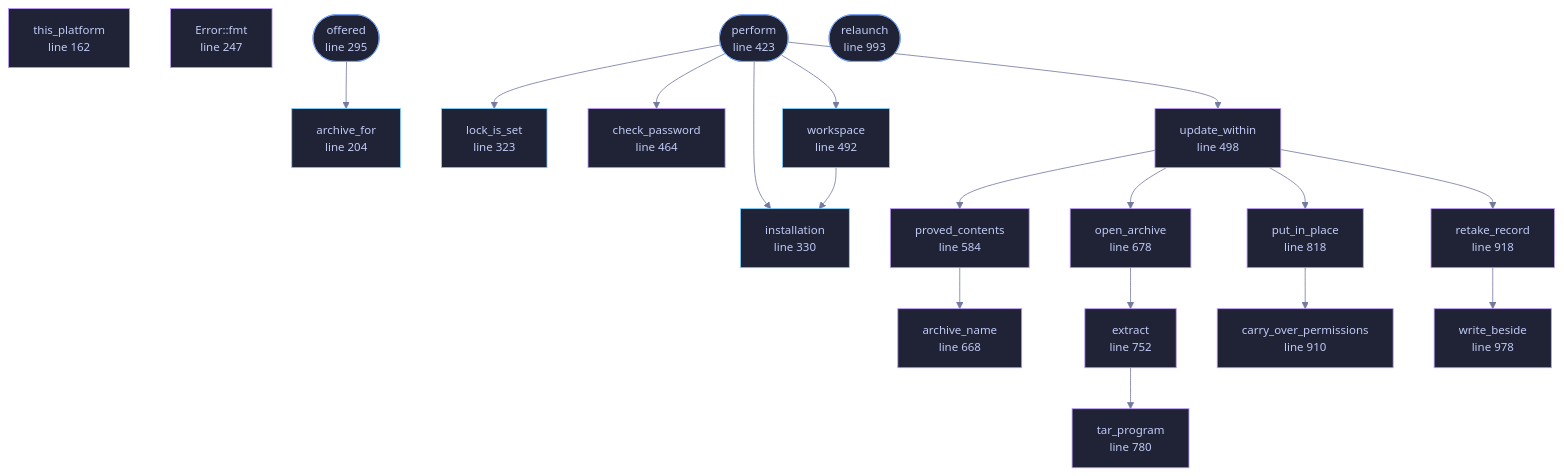
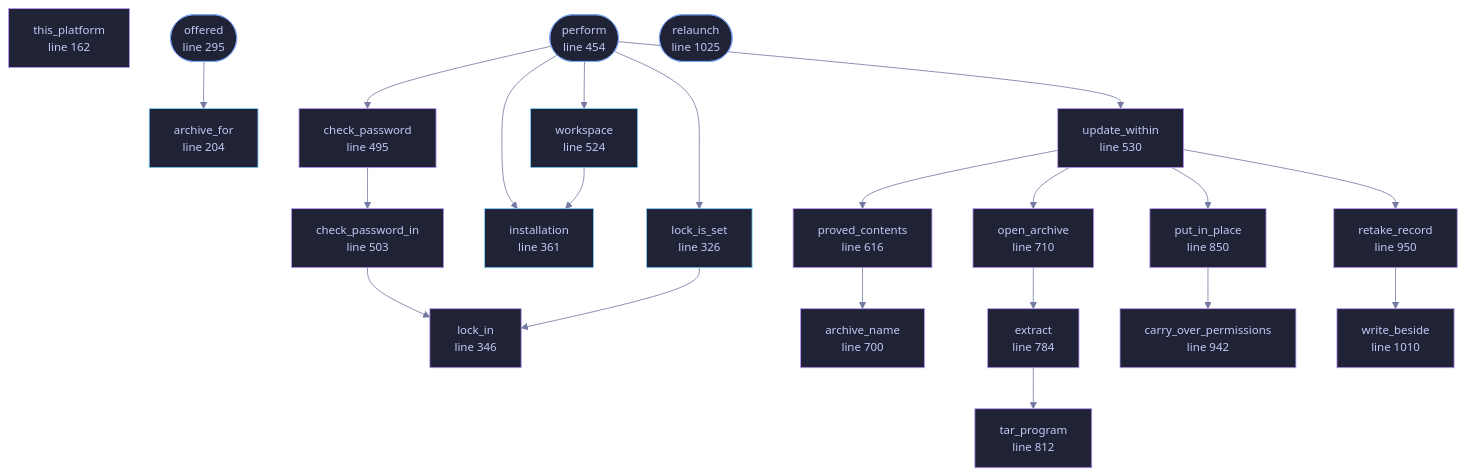
Before and after one commit to tilas01/veilvoice: the diagram in docs/files/veilvoice-verify/update.md, drawn with Mermaid. The commit also changed other lines of this file and 61 other files, not shown here.

````diff
--- a/docs/files/veilvoice-verify/update.md
+++ b/docs/files/veilvoice-verify/update.md
@@ -182,68 +185,73 @@
 ```mermaid
 %%{init: {"theme":"base","themeVariables":{"background":"#1a1b26","primaryColor":"#1f2335","primaryTextColor":"#c0caf5","primaryBorderColor":"#7aa2f7","secondaryColor":"#16161e","tertiaryColor":"#16161e","lineColor":"#737aa2","textColor":"#c0caf5","mainBkg":"#1f2335","nodeBorder":"#7aa2f7","clusterBkg":"#16161e","clusterBorder":"#2f3549","fontFamily":"ui-monospace, SFMono-Regular, Consolas, monospace","fontSize":"14px"}}}%%
 flowchart TD
     n_this_platform["this_platform<br/>line 162"]
     n_archive_for["archive_for<br/>line 204"]
-    n_fmt["Error::fmt<br/>line 247"]
     n_offered(["offered<br/>line 295"])
-    n_lock_is_set["lock_is_set<br/>line 323"]
-    n_installation["installation<br/>line 330"]
-    n_perform(["perform<br/>line 423"])
-    n_check_password["check_password<br/>line 464"]
-    n_workspace["workspace<br/>line 492"]
-    n_update_within["update_within<br/>line 498"]
-    n_proved_contents["proved_contents<br/>line 584"]
-    n_archive_name["archive_name<br/>line 668"]
-    n_open_archive["open_archive<br/>line 678"]
-    n_extract["extract<br/>line 752"]
-    n_tar_program["tar_program<br/>line 780"]
-    n_put_in_place["put_in_place<br/>line 818"]
-    n_carry_over_permissions["carry_over_permissions<br/>line 900"]
-    n_carry_over_permissions["carry_over_permissions<br/>line 910"]
-    n_retake_record["retake_record<br/>line 918"]
-    n_write_beside["write_beside<br/>line 978"]
-    n_relaunch(["relaunch<br/>line 993"])
+    n_lock_is_set["lock_is_set<br/>line 326"]
+    n_lock_in["lock_in<br/>line 346"]
+    n_installation["installation<br/>line 361"]
+    n_perform(["perform<br/>line 454"])
+    n_check_password["check_password<br/>line 495"]
+    n_check_password_in["check_password_in<br/>line 503"]
+    n_workspace["workspace<br/>line 524"]
+    n_update_within["update_within<br/>line 530"]
+    n_proved_contents["proved_contents<br/>line 616"]
+    n_archive_name["archive_name<br/>line 700"]
+    n_open_archive["open_archive<br/>line 710"]
+    n_extract["extract<br/>line 784"]
+    n_tar_program["tar_program<br/>line 812"]
+    n_put_in_place["put_in_place<br/>line 850"]
+    n_carry_over_permissions["carry_over_permissions<br/>line 932"]
+    n_carry_over_permissions["carry_over_permissions<br/>line 942"]
+    n_retake_record["retake_record<br/>line 950"]
+    n_write_beside["write_beside<br/>line 1010"]
+    n_relaunch(["relaunch<br/>line 1025"])
+    n_check_password --> n_check_password_in
+    n_check_password_in --> n_lock_in
     n_extract --> n_tar_program
+    n_lock_is_set --> n_lock_in
     n_offered --> n_archive_for
     n_open_archive --> n_extract
     n_perform --> n_check_password
     n_perform --> n_installation
     n_perform --> n_lock_is_set
     n_perform --> n_update_within
     n_perform --> n_workspace
     n_proved_contents --> n_archive_name
     n_put_in_place --> n_carry_over_permissions
     n_retake_record --> n_write_beside
     n_update_within --> n_open_archive
     n_update_within --> n_proved_contents
     n_update_within --> n_put_in_place
     n_update_within --> n_retake_record
     n_workspace --> n_installation
     click n_this_platform href "https://github.com/tilas01/veilvoice/blob/main/crates/veilvoice-verify/src/update.rs#L162" "open the source"
     click n_archive_for href "https://github.com/tilas01/veilvoice/blob/main/crates/veilvoice-verify/src/update.rs#L204" "open the source"
-    click n_fmt href "https://github.com/tilas01/veilvoice/blob/main/crates/veilvoice-verify/src/update.rs#L247" "open the source"
     click n_offered href "https://github.com/tilas01/veilvoice/blob/main/crates/veilvoice-verify/src/update.rs#L295" "open the source"
-    click n_lock_is_set href "https://github.com/tilas01/veilvoice/blob/main/crates/veilvoice-verify/src/update.rs#L323" "open the source"
-    click n_installation href "https://github.com/tilas01/veilvoice/blob/main/crates/veilvoice-verify/src/update.rs#L330" "open the source"
-    click n_perform href "https://github.com/tilas01/veilvoice/blob/main/crates/veilvoice-verify/src/update.rs#L423" "open the source"
-    click n_check_password href "https://github.com/tilas01/veilvoice/blob/main/crates/veilvoice-verify/src/update.rs#L464" "open the source"
-    click n_workspace href "https://github.com/tilas01/veilvoice/blob/main/crates/veilvoice-verify/src/update.rs#L492" "open the source"
-    click n_update_within href "https://github.com/tilas01/veilvoice/blob/main/crates/veilvoice-verify/src/update.rs#L498" "open the source"
-    click n_proved_contents href "https://github.com/tilas01/veilvoice/blob/main/crates/veilvoice-verify/src/update.rs#L584" "open the source"
-    click n_archive_name href "https://github.com/tilas01/veilvoice/blob/main/crates/veilvoice-verify/src/update.rs#L668" "open the source"
-    click n_open_archive href "https://github.com/tilas01/veilvoice/blob/main/crates/veilvoice-verify/src/update.rs#L678" "open the source"
-    click n_extract href "https://github.com/tilas01/veilvoice/blob/main/crates/veilvoice-verify/src/update.rs#L752" "open the source"
-    click n_tar_program href "https://github.com/tilas01/veilvoice/blob/main/crates/veilvoice-verify/src/update.rs#L780" "open the source"
-    click n_put_in_place href "https://github.com/tilas01/veilvoice/blob/main/crates/veilvoice-verify/src/update.rs#L818" "open the source"
-    click n_carry_over_permissions href "https://github.com/tilas01/veilvoice/blob/main/crates/veilvoice-verify/src/update.rs#L900" "open the source"
-    click n_carry_over_permissions href "https://github.com/tilas01/veilvoice/blob/main/crates/veilvoice-verify/src/update.rs#L910" "open the source"
-    click n_retake_record href "https://github.com/tilas01/veilvoice/blob/main/crates/veilvoice-verify/src/update.rs#L918" "open the source"
-    click n_write_beside href "https://github.com/tilas01/veilvoice/blob/main/crates/veilvoice-verify/src/update.rs#L978" "open the source"
-    click n_relaunch href "https://github.com/tilas01/veilvoice/blob/main/crates/veilvoice-verify/src/update.rs#L993" "open the source"
+    click n_lock_is_set href "https://github.com/tilas01/veilvoice/blob/main/crates/veilvoice-verify/src/update.rs#L326" "open the source"
+    click n_lock_in href "https://github.com/tilas01/veilvoice/blob/main/crates/veilvoice-verify/src/update.rs#L346" "open the source"
+    click n_installation href "https://github.com/tilas01/veilvoice/blob/main/crates/veilvoice-verify/src/update.rs#L361" "open the source"
+    click n_perform href "https://github.com/tilas01/veilvoice/blob/main/crates/veilvoice-verify/src/update.rs#L454" "open the source"
+    click n_check_password href "https://github.com/tilas01/veilvoice/blob/main/crates/veilvoice-verify/src/update.rs#L495" "open the source"
+    click n_check_password_in href "https://github.com/tilas01/veilvoice/blob/main/crates/veilvoice-verify/src/update.rs#L503" "open the source"
+    click n_workspace href "https://github.com/tilas01/veilvoice/blob/main/crates/veilvoice-verify/src/update.rs#L524" "open the source"
+    click n_update_within href "https://github.com/tilas01/veilvoice/blob/main/crates/veilvoice-verify/src/update.rs#L530" "open the source"
+    click n_proved_contents href "https://github.com/tilas01/veilvoice/blob/main/crates/veilvoice-verify/src/update.rs#L616" "open the source"
+    click n_archive_name href "https://github.com/tilas01/veilvoice/blob/main/crates/veilvoice-verify/src/update.rs#L700" "open the source"
+    click n_open_archive href "https://github.com/tilas01/veilvoice/blob/main/crates/veilvoice-verify/src/update.rs#L710" "open the source"
+    click n_extract href "https://github.com/tilas01/veilvoice/blob/main/crates/veilvoice-verify/src/update.rs#L784" "open the source"
+    click n_tar_program href "https://github.com/tilas01/veilvoice/blob/main/crates/veilvoice-verify/src/update.rs#L812" "open the source"
+    click n_put_in_place href "https://github.com/tilas01/veilvoice/blob/main/crates/veilvoice-verify/src/update.rs#L850" "open the source"
+    click n_carry_over_permissions href "https://github.com/tilas01/veilvoice/blob/main/crates/veilvoice-verify/src/update.rs#L932" "open the source"
+    click n_carry_over_permissions href "https://github.com/tilas01/veilvoice/blob/main/crates/veilvoice-verify/src/update.rs#L942" "open the source"
+    click n_retake_record href "https://github.com/tilas01/veilvoice/blob/main/crates/veilvoice-verify/src/update.rs#L950" "open the source"
+    click n_write_beside href "https://github.com/tilas01/veilvoice/blob/main/crates/veilvoice-verify/src/update.rs#L1010" "open the source"
+    click n_relaunch href "https://github.com/tilas01/veilvoice/blob/main/crates/veilvoice-verify/src/update.rs#L1025" "open the source"
     classDef entry fill:#1f2335,stroke:#7aa2f7,color:#c0caf5
     class n_offered,n_perform,n_relaunch entry
     classDef api fill:#1f2335,stroke:#7dcfff,color:#c0caf5
     class n_archive_for,n_lock_is_set,n_installation,n_workspace api
     classDef helper fill:#1f2335,stroke:#bb9af7,color:#c0caf5
-    class n_this_platform,n_fmt,n_check_password,n_update_within,n_proved_contents,n_archive_name,n_open_archive,n_extract,n_tar_program,n_put_in_place,n_carry_over_permissions,n_carry_over_permissions,n_retake_record,n_write_beside helper
+    class n_this_platform,n_lock_in,n_check_password,n_check_password_in,n_update_within,n_proved_contents,n_archive_name,n_open_archive,n_extract,n_tar_program,n_put_in_place,n_carry_over_permissions,n_carry_over_permissions,n_retake_record,n_write_beside helper
 ```
````
